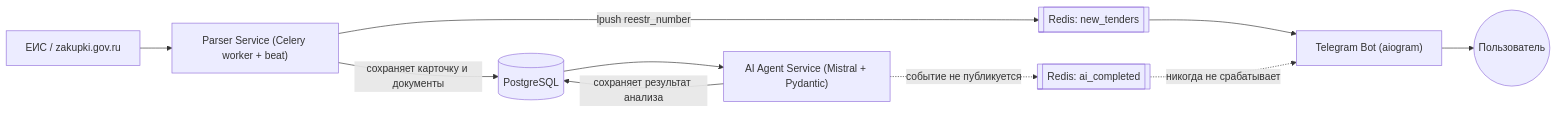
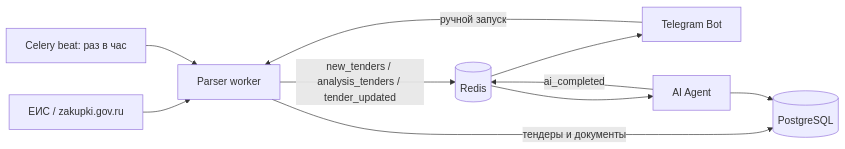
Before and after one commit to l1tv1k/Tender_bot: the diagram in TECHNICAL.md, drawn with Mermaid. The commit also changed other lines of this file and 20 other files, not shown here.

````diff
--- a/TECHNICAL.md
+++ b/TECHNICAL.md
@@ -11,12 +7,12 @@
 ```mermaid
 flowchart LR
-    EIS[ЕИС / zakupki.gov.ru] --> Parser
-    Parser["Parser Service (Celery worker + beat)"] -->|сохраняет карточку и документы| DB[(PostgreSQL)]
-    Parser -->|"lpush reestr_number"| Q1[["Redis: new_tenders"]]
-    Q1 --> Bot
-    DB --> AI["AI Agent Service (Mistral + Pydantic)"]
-    AI -->|сохраняет результат анализа| DB
-    AI -.->|событие не публикуется| Q2[["Redis: ai_completed"]]
-    Q2 -.->|никогда не срабатывает| Bot
-    Bot["Telegram Bot (aiogram)"] --> User(("Пользователь"))
+    EIS["ЕИС / zakupki.gov.ru"] --> P["Parser worker"]
+    Beat["Celery beat: раз в час"] --> P
+    Bot["Telegram Bot"] -->|"ручной запуск"| P
+    P -->|"тендеры и документы"| DB[(PostgreSQL)]
+    P -->|"new_tenders / analysis_tenders / tender_updated"| Redis[(Redis)]
+    Redis --> Bot
+    Redis --> AI["AI Agent"]
+    AI --> DB
+    AI -->|"ai_completed"| Redis
 ```
````
